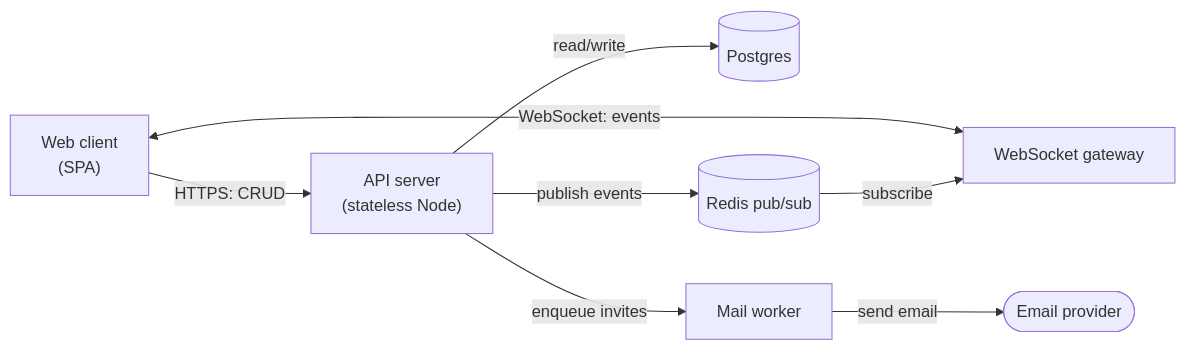
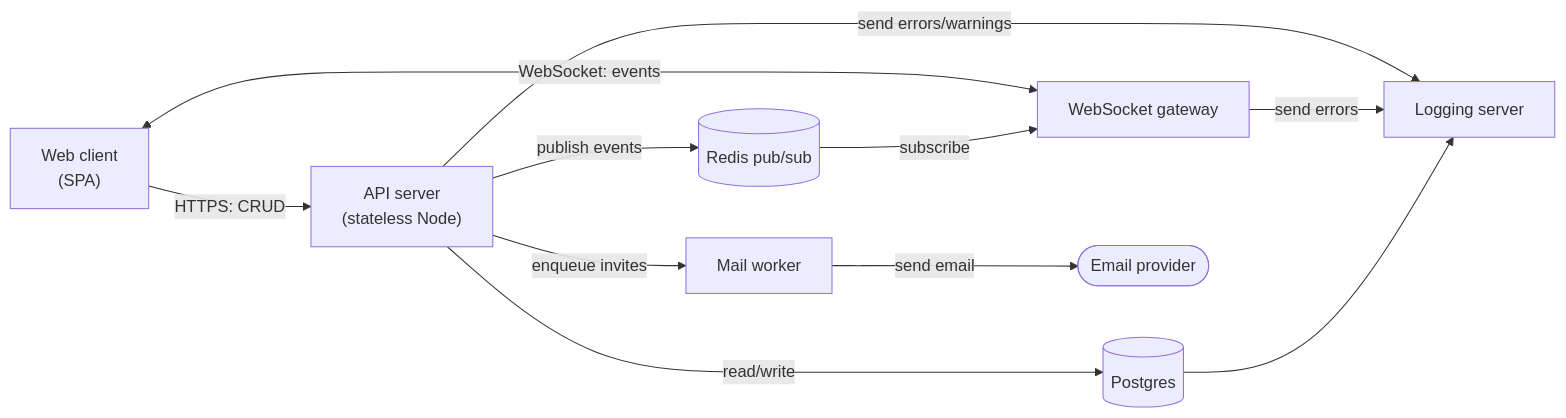
The first of 6 diagrams in example/example-spec.md (ficocelliguy/spec-tacle), drawn with Mermaid before and after one commit. The commit also changed other lines of this file and 13 other files, not shown here.

````diff
--- a/example/example-spec.md
+++ b/example/example-spec.md
@@ -142,18 +171,22 @@
 ```mermaid
 flowchart LR
   Browser["Web client\n(SPA)"]
   API["API server\n(stateless Node)"]
   WS["WebSocket gateway"]
   PG[(Postgres)]
   Redis[(Redis pub/sub)]
   Mail["Mail worker"]
   Provider([Email provider])
+  Logger["Logging server"]
 
   Browser -->|"HTTPS: CRUD"| API
   Browser <-->|"WebSocket: events"| WS
   API -->|"read/write"| PG
   API -->|"publish events"| Redis
   Redis -->|"subscribe"| WS
   API -->|"enqueue invites"| Mail
   Mail -->|"send email"| Provider
+  API -->|"send errors/warnings"| Logger
+  WS -->|"send errors"| Logger
+  PG --> Logger
 ```
````
